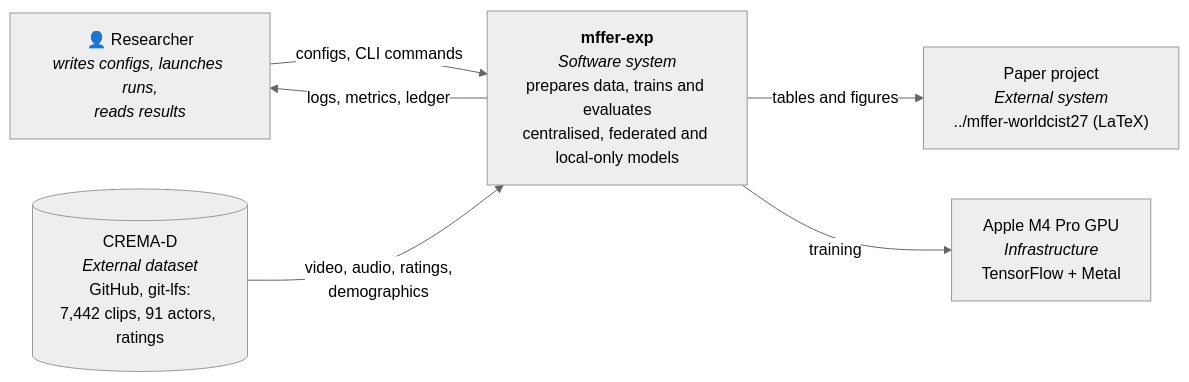
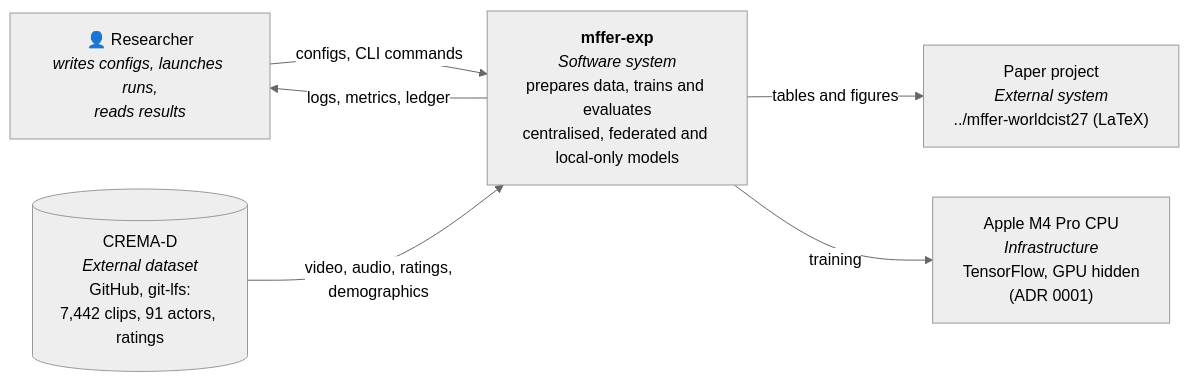
Before and after one commit to n0th1ng999/mffer-exp: the first of 3 diagrams in README.md, drawn with Mermaid (neutral theme). The commit also changed other lines of this file and 15 other files, not shown here.

First line of the commit message:
docs(adr): 13 architecture decision records; README development section

````diff
--- a/README.md
+++ b/README.md
@@ -260,14 +263,14 @@
 ```mermaid
 flowchart LR
     R["👤 Researcher<br/><i>writes configs, launches runs,<br/>reads results</i>"]
     S["<b>mffer-exp</b><br/><i>Software system</i><br/>prepares data, trains and evaluates<br/>centralised, federated and local-only models"]
     C[("CREMA-D<br/><i>External dataset</i><br/>GitHub, git-lfs:<br/>7,442 clips, 91 actors, ratings")]
     P["Paper project<br/><i>External system</i><br/>../mffer-worldcist27 (LaTeX)"]
-    G["Apple M4 Pro GPU<br/><i>Infrastructure</i><br/>TensorFlow + Metal"]
+    G["Apple M4 Pro CPU<br/><i>Infrastructure</i><br/>TensorFlow, GPU hidden<br/>(ADR 0001)"]
 
     R -- "configs, CLI commands" --> S
     S -- "logs, metrics, ledger" --> R
     C -- "video, audio, ratings,<br/>demographics" --> S
     S -- "tables and figures" --> P
     S -- "training" --> G
 ```
````
